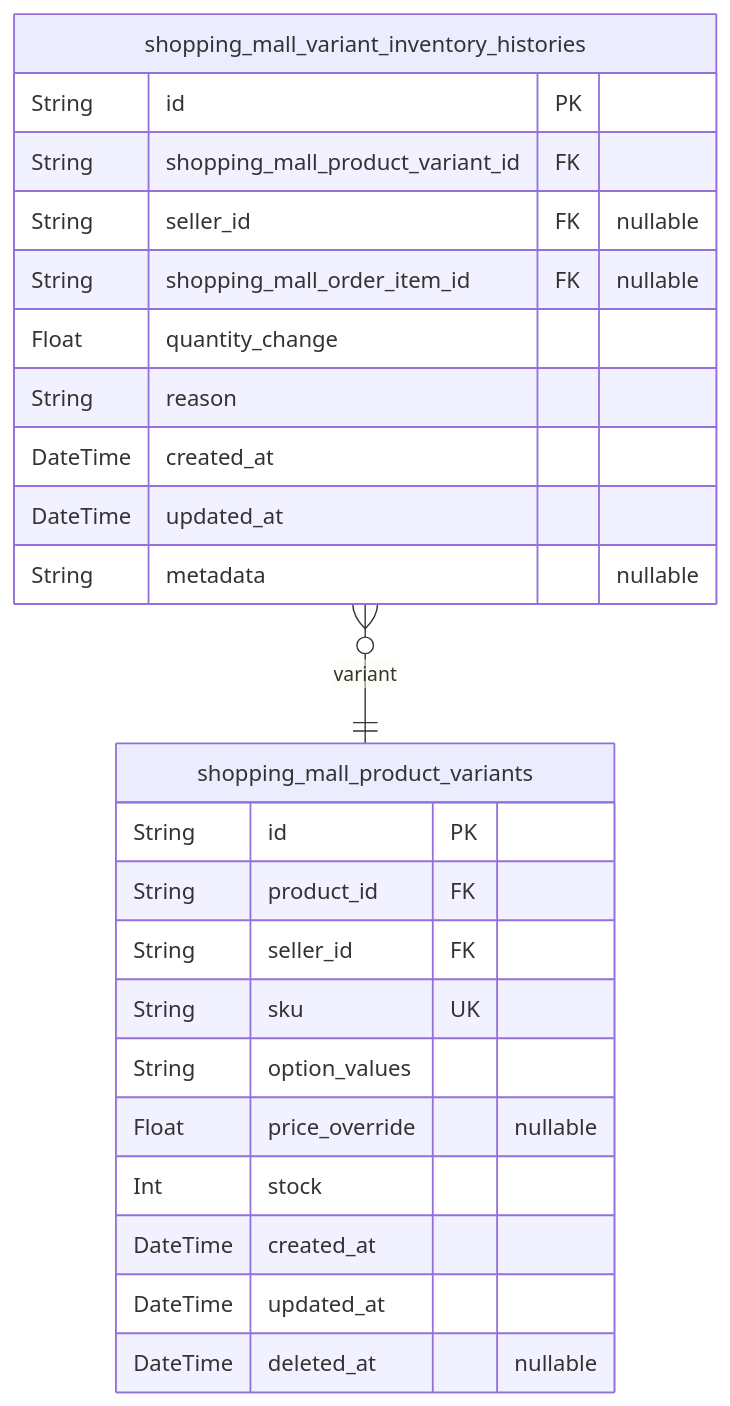
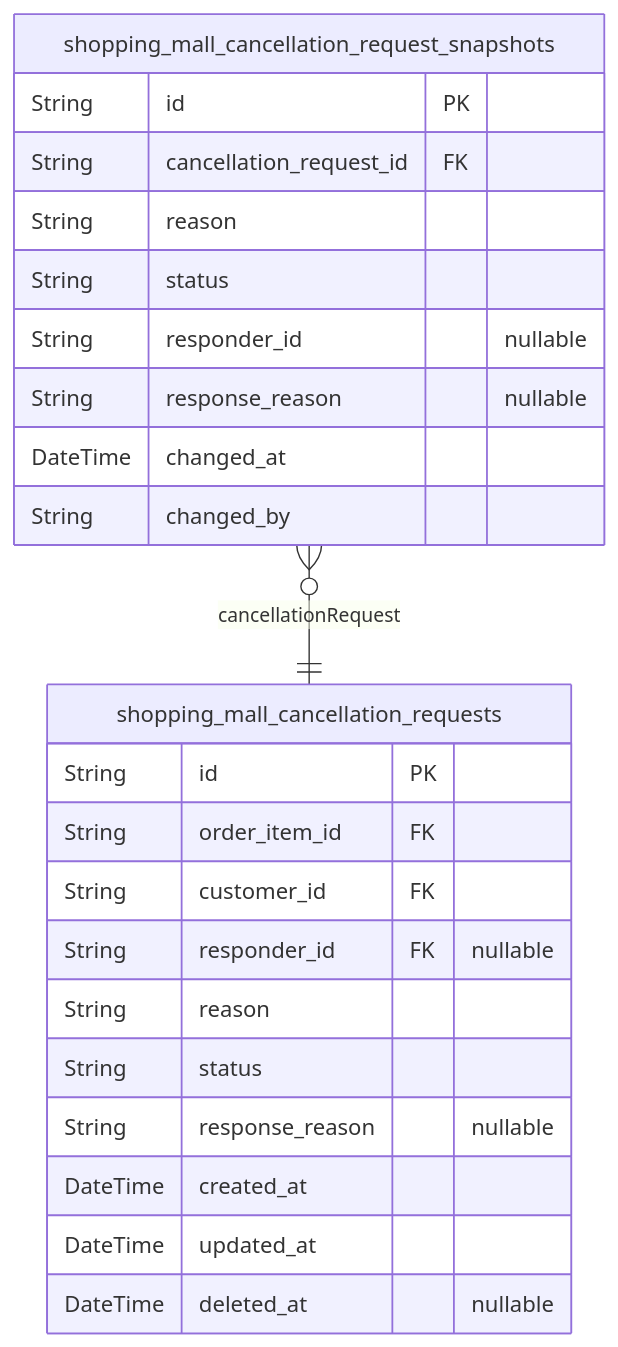
Before and after one commit to wrtnlabs/autobe-examples: the ninth of 10 diagrams in qwen/qwen3-next-80b-a3b-instruct/shopping/docs/ERD.md, drawn with Mermaid. The commit also changed other lines of this file and 25939 other files, not shown here.

````diff
--- a/qwen/qwen3-next-80b-a3b-instruct/shopping/docs/ERD.md
+++ b/qwen/qwen3-next-80b-a3b-instruct/shopping/docs/ERD.md
@@ -1611,27 +1464,26 @@
 ```mermaid
 erDiagram
-"shopping_mall_product_variants" {
+"shopping_mall_cancellation_requests" {
   String id PK
-  String product_id FK
-  String seller_id FK
-  String sku UK
-  String option_values
-  Float price_override "nullable"
-  Int stock
+  String order_item_id FK
+  String customer_id FK
+  String responder_id FK "nullable"
+  String reason
+  String status
+  String response_reason "nullable"
   DateTime created_at
   DateTime updated_at
   DateTime deleted_at "nullable"
 }
-"shopping_mall_variant_inventory_histories" {
+"shopping_mall_cancellation_request_snapshots" {
   String id PK
-  String shopping_mall_product_variant_id FK
-  String seller_id FK "nullable"
-  String shopping_mall_order_item_id FK "nullable"
-  Float quantity_change
+  String cancellation_request_id FK
   String reason
-  DateTime created_at
-  DateTime updated_at
-  String metadata "nullable"
+  String status
+  String responder_id "nullable"
+  String response_reason "nullable"
+  DateTime changed_at
+  String changed_by
 }
-"shopping_mall_variant_inventory_histories" }o--|| "shopping_mall_product_variants" : variant
+"shopping_mall_cancellation_request_snapshots" }o--|| "shopping_mall_cancellation_requests" : cancellationRequest
 ```
````
